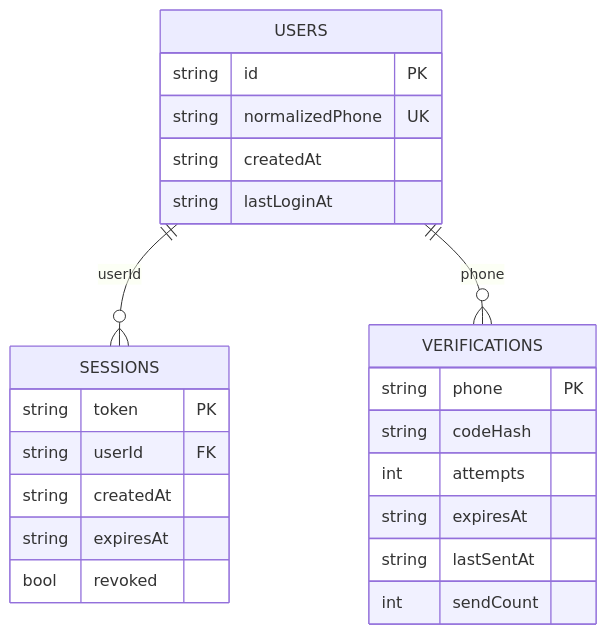
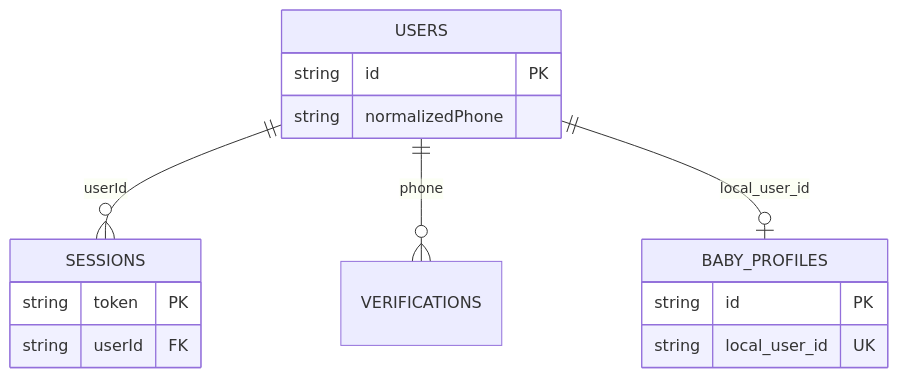
The third of 4 diagrams in docs/codegraphy.md (wangyirui27/baby-chuangguan), drawn with Mermaid before and after one commit. The commit also changed other lines of this file and 51 other files, not shown here.

````diff
--- a/docs/codegraphy.md
+++ b/docs/codegraphy.md
@@ -105,29 +231,19 @@
 ```mermaid
 erDiagram
-    USERS ||--o{ SESSIONS : "userId"
-    USERS ||--o{ VERIFICATIONS : "phone"
+    USERS ||--o{ SESSIONS : userId
+    USERS ||--o{ VERIFICATIONS : phone
+    USERS ||--o| BABY_PROFILES : local_user_id
 
     USERS {
         string id PK
-        string normalizedPhone UK
-        string createdAt
-        string lastLoginAt
+        string normalizedPhone
     }
-
     SESSIONS {
         string token PK
         string userId FK
-        string createdAt
-        string expiresAt
-        bool revoked
     }
-
-    VERIFICATIONS {
-        string phone PK
-        string codeHash
-        int attempts
-        string expiresAt
-        string lastSentAt
-        int sendCount
+    BABY_PROFILES {
+        string id PK
+        string local_user_id UK
     }
 ```
````
